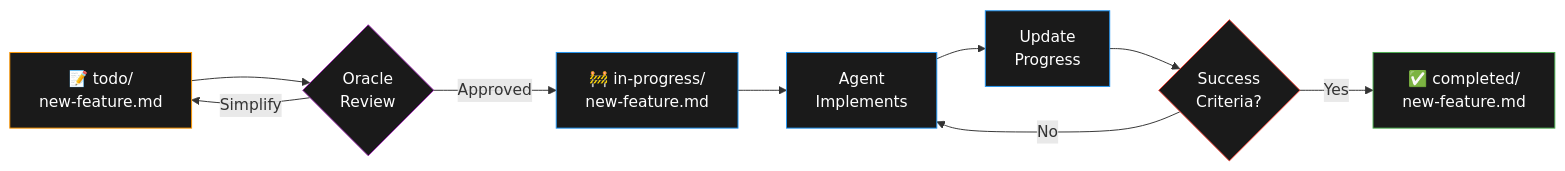
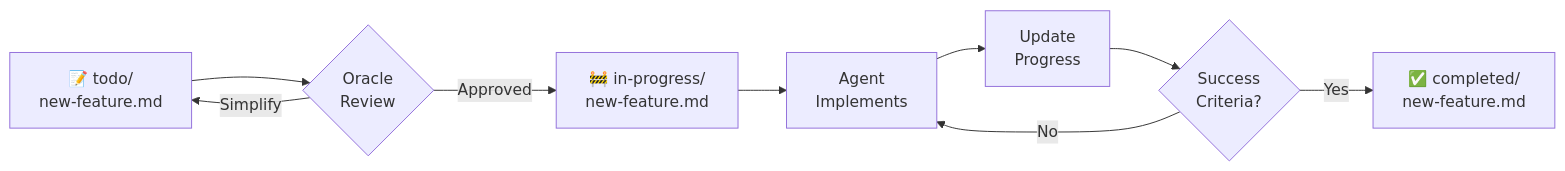
One commit to colmarius/colmarius.github.io changed the diagram in src/content/posts/agent-planning-workflow.md. Above: the diagram before and after it, drawn with Mermaid. The commit also changed 8 other files, not shown here.

Commit message:
Style mermaid diagrams

````diff
--- a/src/content/posts/agent-planning-workflow.md
+++ b/src/content/posts/agent-planning-workflow.md
@@ -52,19 +52,11 @@
 ```mermaid
 flowchart LR
     Todo[📝 todo/<br/>new-feature.md] --> Review{Oracle<br/>Review}
     Review -->|Simplify| Todo
     Review -->|Approved| Progress[🚧 in-progress/<br/>new-feature.md]
     Progress --> Code[Agent<br/>Implements]
     Code --> Update[Update<br/>Progress]
     Update --> Done{Success<br/>Criteria?}
     Done -->|No| Code
     Done -->|Yes| Complete[✅ completed/<br/>new-feature.md]
-
-    style Todo fill:#1a1a1a,stroke:#FF9800,color:#fff
-    style Progress fill:#1a1a1a,stroke:#2196F3,color:#fff
-    style Complete fill:#1a1a1a,stroke:#4CAF50,color:#fff
-    style Review fill:#1a1a1a,stroke:#9C27B0,color:#fff
-    style Code fill:#1a1a1a,stroke:#2196F3,color:#fff
-    style Update fill:#1a1a1a,stroke:#2196F3,color:#fff
-    style Done fill:#1a1a1a,stroke:#F44336,color:#fff
 ```
````
